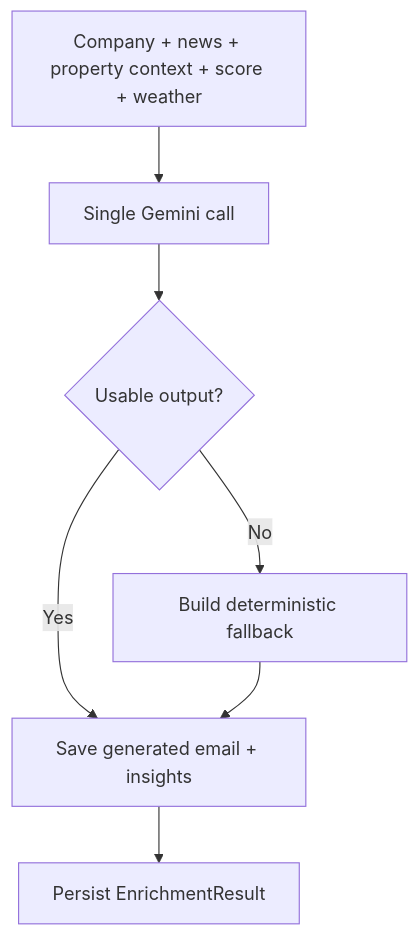
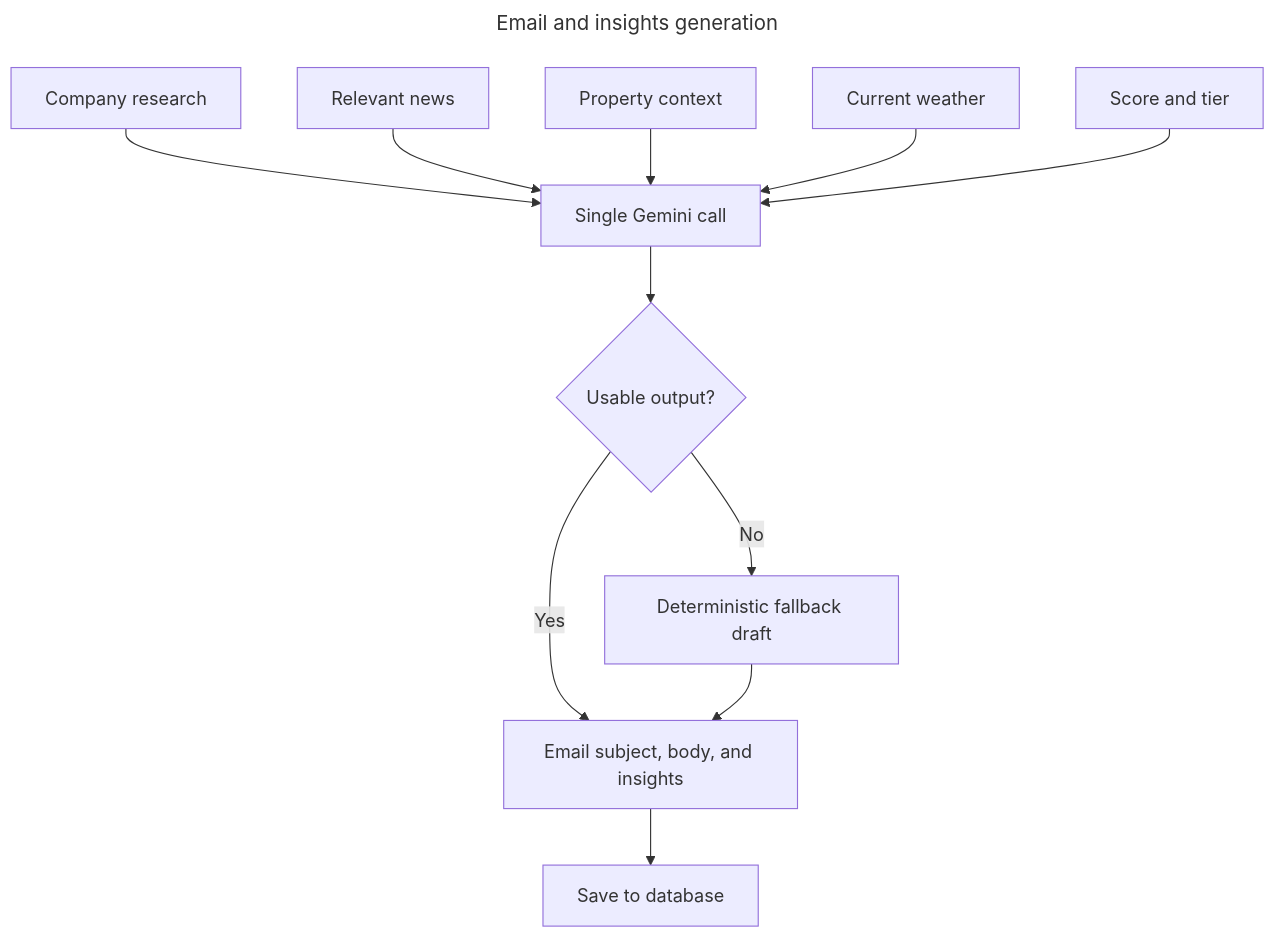
The sixth of 6 diagrams in README.md (Kohralle/Property-Management-Lead-Enricher), drawn with Mermaid before and after one commit. The commit also changed other lines of this file and 1 other file, not shown here.

First line of the commit message:
Improve diagram labels and tailor email pitch by company profile

````diff
--- a/README.md
+++ b/README.md
@@ -139,9 +153,16 @@
 ```mermaid
+---
+title: Email and insights generation
+---
 flowchart TD
-    A[Company + news + property context + score + weather] --> B[Single Gemini call]
-    B --> C{Usable output?}
-    C -- Yes --> D[Save generated email + insights]
-    C -- No --> E[Build deterministic fallback]
-    E --> D
-    D --> F[Persist EnrichmentResult]
+    A[Company research] --> G[Single Gemini call]
+    B[Relevant news] --> G
+    C[Property context] --> G
+    D[Current weather] --> G
+    E[Score and tier] --> G
+    G --> H{Usable output?}
+    H -- Yes --> I[Email subject, body, and insights]
+    H -- No --> J[Deterministic fallback draft]
+    J --> I
+    I --> K[Save to database]
 ```
````
